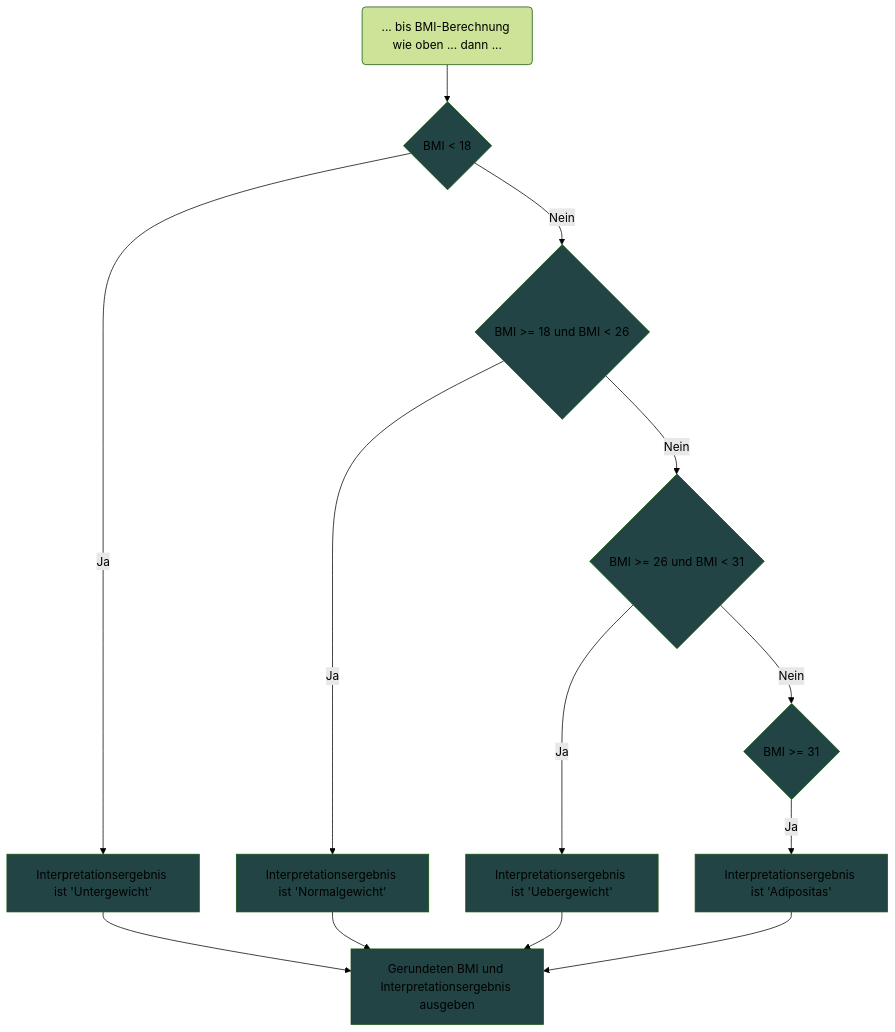
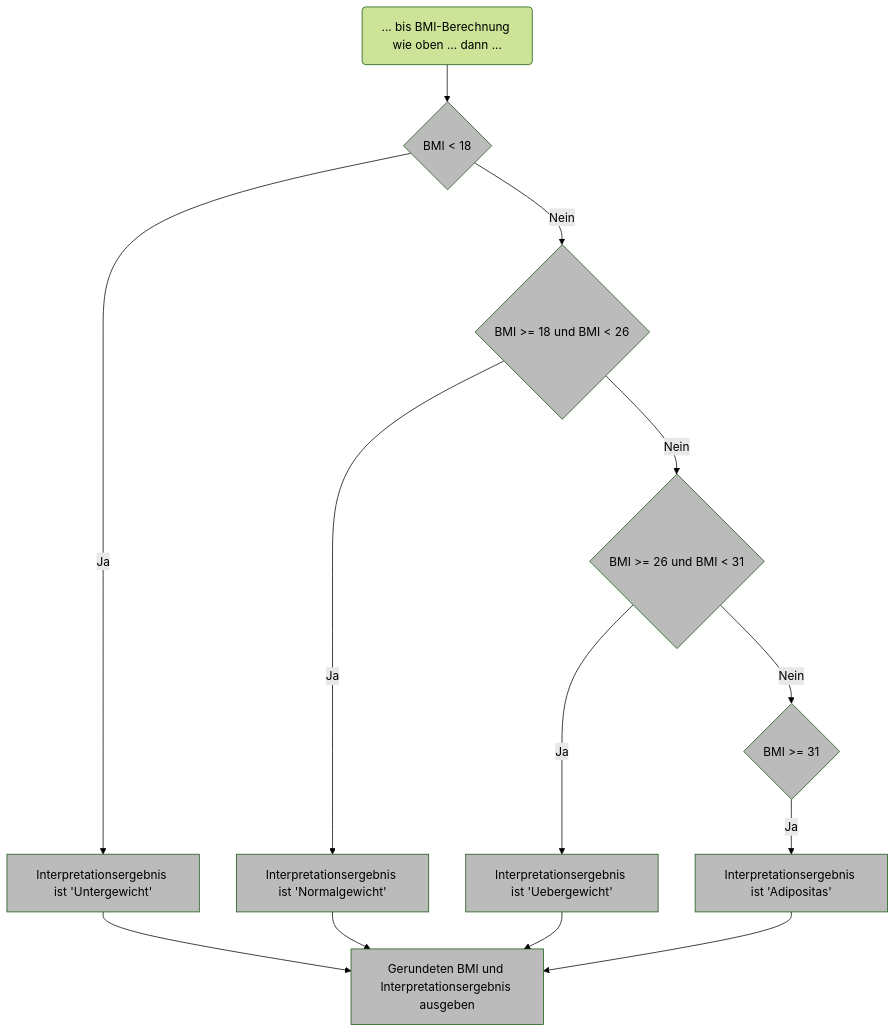
The third of 3 diagrams in BMI/README.md (clander/voprogrammieren), drawn with Mermaid (forest theme) before and after one commit. The commit also changed other lines of this file, not shown here.

Commit message:
Fuer Script angepasst

````diff
--- a/BMI/README.md
+++ b/BMI/README.md
@@ -152,20 +152,20 @@
 ```mermaid
 flowchart TD
     A(... bis BMI-Berechnung wie oben ... dann ...) --> J{BMI < 18}
     J:::neu -- Ja --> K[Interpretationsergebnis ist 'Untergewicht']:::neu
     K --> R:::neu
 
     J -- Nein --> L{BMI >= 18 und BMI < 26}
     L -- Ja --> M[Interpretationsergebnis ist 'Normalgewicht']:::neu
     L:::neu -- Nein --> N:::neu
     
     M --> R
     N{BMI >= 26 und BMI < 31} -- Ja --> O[Interpretationsergebnis ist 'Uebergewicht']
     O:::neu --> R
     N -- Nein --> P
 
     P{BMI >= 31}:::neu -- Ja --> Q[Interpretationsergebnis ist 'Adipositas']:::neu
     Q --> R[Gerundeten BMI und Interpretationsergebnis ausgeben]:::neu
 
-    classDef neu fill:#244
+    classDef neu fill:#bbb
 ```
````
